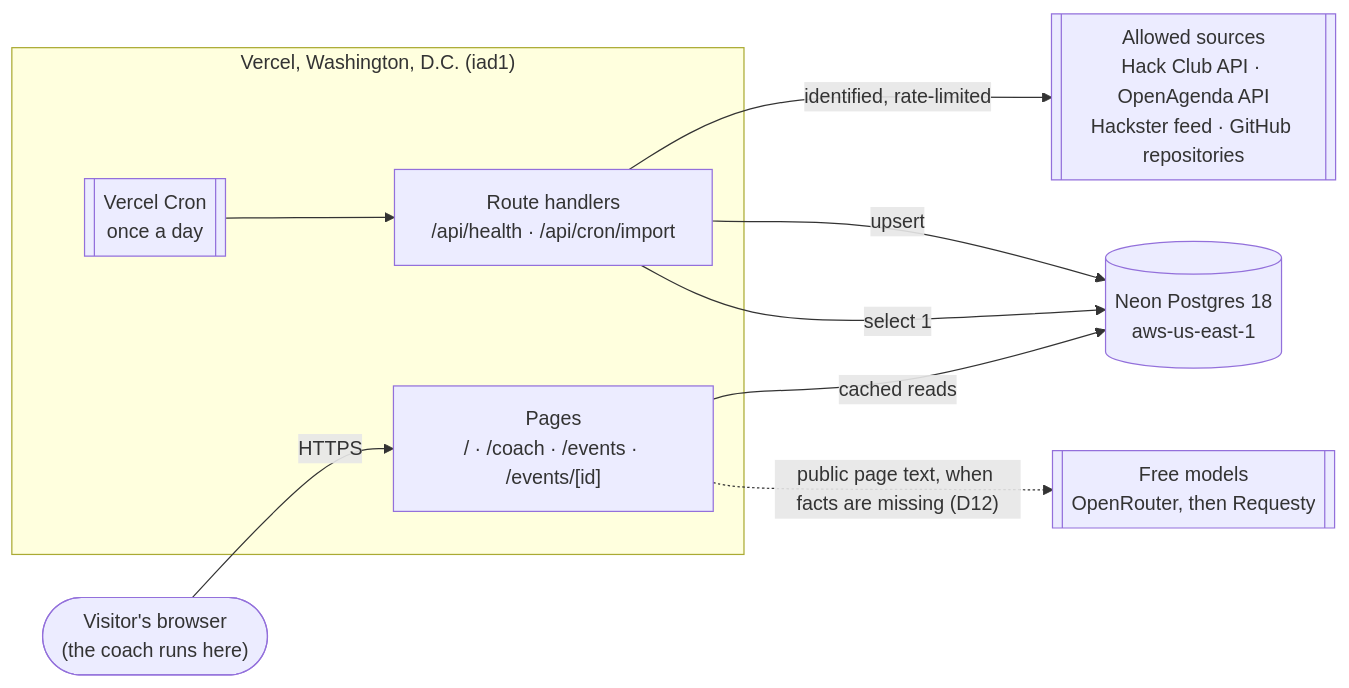
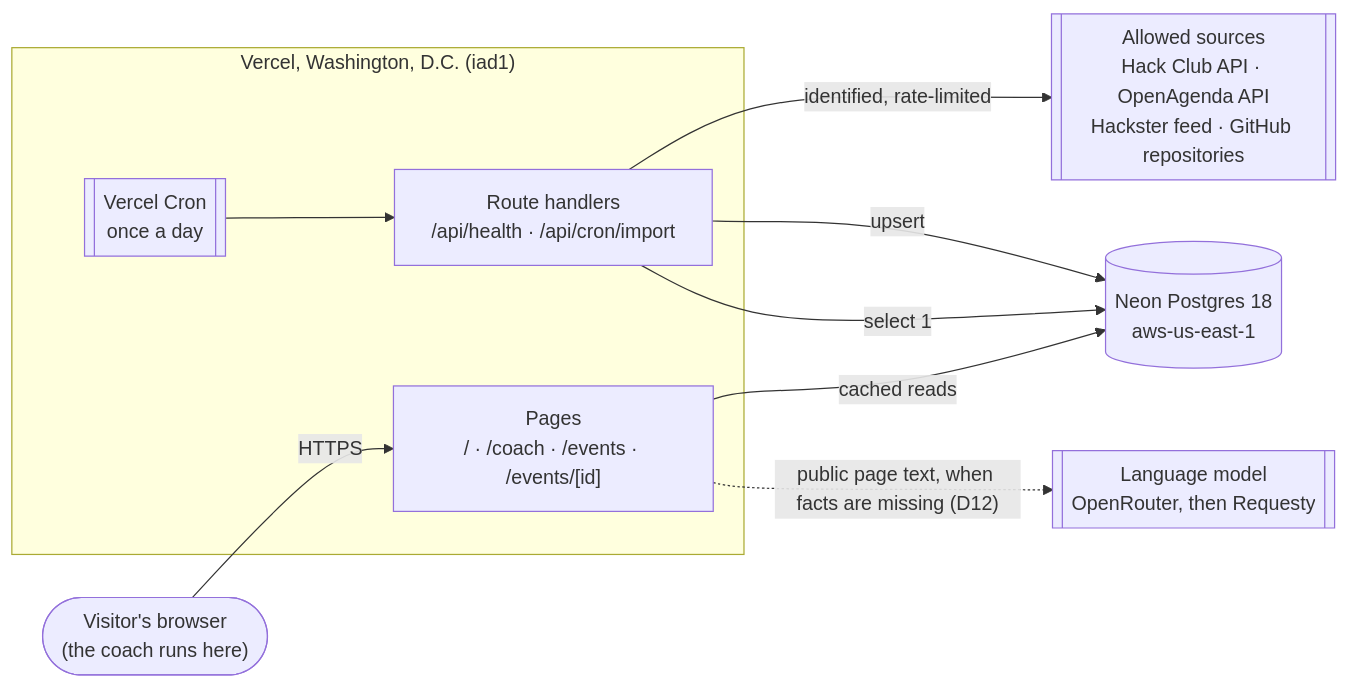
The first of 2 diagrams in docs/architecture.md (ayobamy/hackbrief), drawn with Mermaid before and after one commit. The commit also changed other lines of this file and 33 other files, not shown here.

````diff
--- a/docs/architecture.md
+++ b/docs/architecture.md
@@ -9,20 +9,20 @@
 ```mermaid
 flowchart LR
   user(["Visitor's browser<br/>(the coach runs here)"])
   subgraph vercel["Vercel, Washington, D.C. (iad1)"]
     pages["Pages<br/>/ · /coach · /events · /events/[id]"]
     routes["Route handlers<br/>/api/health · /api/cron/import"]
     cron[["Vercel Cron<br/>once a day"]]
   end
   db[("Neon Postgres 18<br/>aws-us-east-1")]
   sources[["Allowed sources<br/>Hack Club API · OpenAgenda API<br/>Hackster feed · GitHub repositories"]]
-  llm[["Free models<br/>OpenRouter, then Requesty"]]
+  llm[["Language model<br/>OpenRouter, then Requesty"]]
 
   user -- HTTPS --> pages
   pages -- "cached reads" --> db
   routes -- "select 1" --> db
   cron --> routes
   routes -- "identified, rate-limited" --> sources
   routes -- "upsert" --> db
   pages -. "public page text, when facts are missing (D12)" .-> llm
 ```
````
